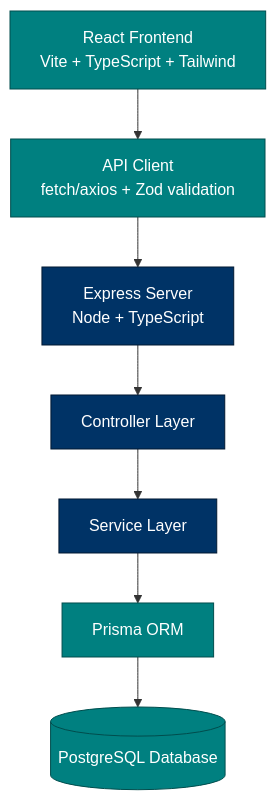
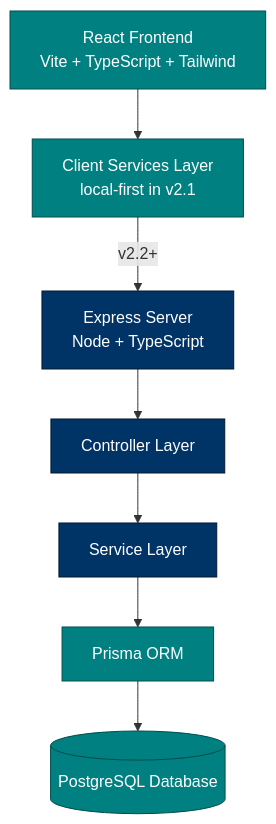
One commit to conorgregson/readr-v2 changed the diagram in README.md. Above: the diagram before and after it, drawn with Mermaid. The commit also changed other lines of this file and 21 other files, not shown here.

````diff
--- a/README.md
+++ b/README.md
@@ -231,21 +274,21 @@
 ```mermaid
 flowchart TD
 
 A[React Frontend<br/>Vite + TypeScript + Tailwind]
-  --> B[API Client<br/>fetch/axios + Zod validation]
+  --> B[Client Services Layer<br/>local-first in v2.1]
 
-B --> C[Express Server<br/>Node + TypeScript]
+B -->|v2.2+| C[Express Server<br/>Node + TypeScript]
 
 C --> D[Controller Layer]
 D --> E[Service Layer]
 
 E --> F[Prisma ORM]
 F --> G[(PostgreSQL Database)]
 
 classDef teal fill:#008080,stroke:#004d4d,color:white;
 classDef navy fill:#003366,stroke:#001933,color:white;
 
 class A,B teal
 class C,D,E navy
 class F,G teal
 ```
````
